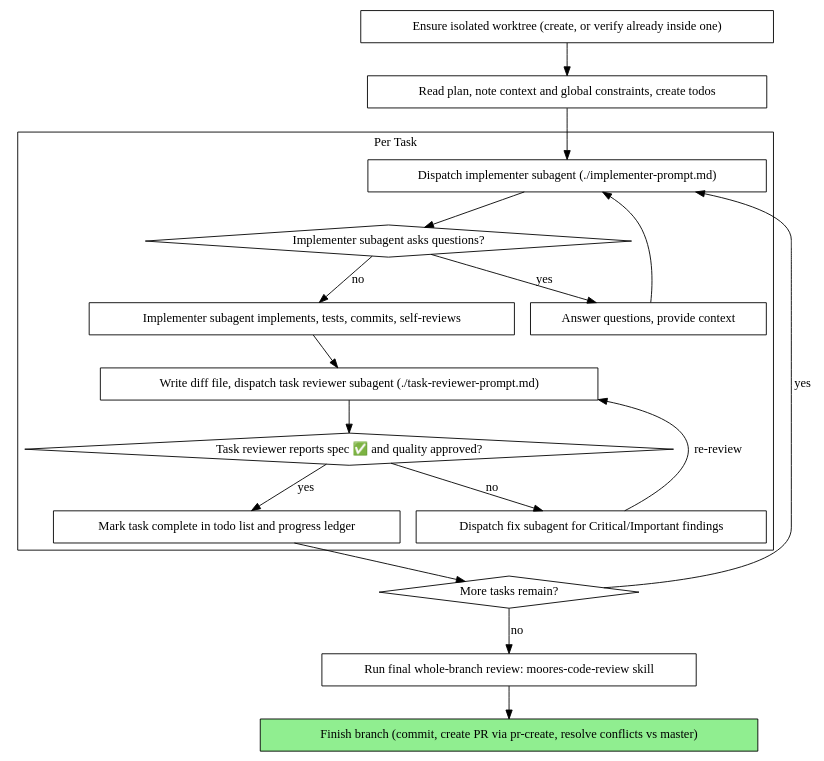
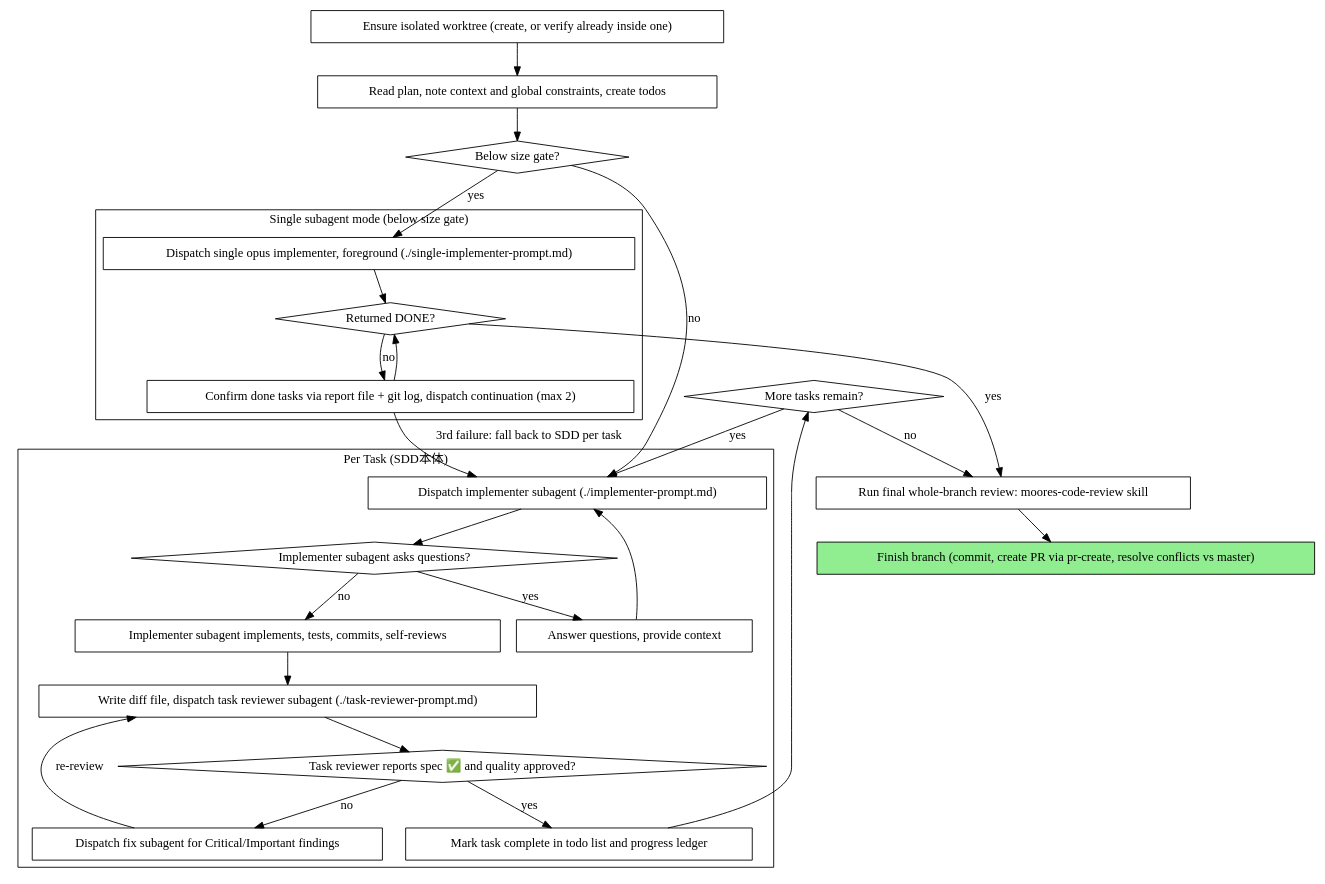
One commit to moorestech/moorestech changed the second of 2 diagrams in .agents/skills/subagent-driven-development/SKILL.md. Above: the diagram before and after it, drawn with Graphviz. The commit also changed other lines of this file, not shown here.

First line of the commit message:
skills(sdd): プロセス図・モデル選定・ステータス対応・台帳・危険信号を単一subagentモードへ追従

````diff
--- a/.agents/skills/subagent-driven-development/SKILL.md
+++ b/.agents/skills/subagent-driven-development/SKILL.md
@@ -135,39 +135,54 @@
 ```dot
 digraph process {
     rankdir=TB;
 
     subgraph cluster_per_task {
-        label="Per Task";
+        label="Per Task (SDD本体)";
         "Dispatch implementer subagent (./implementer-prompt.md)" [shape=box];
         "Implementer subagent asks questions?" [shape=diamond];
         "Answer questions, provide context" [shape=box];
         "Implementer subagent implements, tests, commits, self-reviews" [shape=box];
         "Write diff file, dispatch task reviewer subagent (./task-reviewer-prompt.md)" [shape=box];
         "Task reviewer reports spec ✅ and quality approved?" [shape=diamond];
         "Dispatch fix subagent for Critical/Important findings" [shape=box];
         "Mark task complete in todo list and progress ledger" [shape=box];
     }
 
+    subgraph cluster_single {
+        label="Single subagent mode (below size gate)";
+        "Dispatch single opus implementer, foreground (./single-implementer-prompt.md)" [shape=box];
+        "Returned DONE?" [shape=diamond];
+        "Confirm done tasks via report file + git log, dispatch continuation (max 2)" [shape=box];
+    }
+
     "Ensure isolated worktree (create, or verify already inside one)" [shape=box];
     "Read plan, note context and global constraints, create todos" [shape=box];
+    "Below size gate?" [shape=diamond];
     "More tasks remain?" [shape=diamond];
     "Run final whole-branch review: moores-code-review skill" [shape=box];
     "Finish branch (commit, create PR via pr-create, resolve conflicts vs master)" [shape=box style=filled fillcolor=lightgreen];
 
     "Ensure isolated worktree (create, or verify already inside one)" -> "Read plan, note context and global constraints, create todos";
-    "Read plan, note context and global constraints, create todos" -> "Dispatch implementer subagent (./implementer-prompt.md)";
+    "Read plan, note context and global constraints, create todos" -> "Below size gate?";
+    "Below size gate?" -> "Dispatch single opus implementer, foreground (./single-implementer-prompt.md)" [label="yes"];
+    "Dispatch single opus implementer, foreground (./single-implementer-prompt.md)" -> "Returned DONE?";
+    "Returned DONE?" -> "Run final whole-branch review: moores-code-review skill" [label="yes"];
+    "Returned DONE?" -> "Confirm done tasks via report file + git log, dispatch continuation (max 2)" [label="no"];
+    "Confirm done tasks via report file + git log, dispatch continuation (max 2)" -> "Returned DONE?";
+    "Confirm done tasks via report file + git log, dispatch continuation (max 2)" -> "Dispatch implementer subagent (./implementer-prompt.md)" [label="3rd failure: fall back to SDD per task"];
+    "Below size gate?" -> "Dispatch implementer subagent (./implementer-prompt.md)" [label="no"];
     "Dispatch implementer subagent (./implementer-prompt.md)" -> "Implementer subagent asks questions?";
     "Implementer subagent asks questions?" -> "Answer questions, provide context" [label="yes"];
     "Answer questions, provide context" -> "Dispatch implementer subagent (./implementer-prompt.md)";
     "Implementer subagent asks questions?" -> "Implementer subagent implements, tests, commits, self-reviews" [label="no"];
     "Implementer subagent implements, tests, commits, self-reviews" -> "Write diff file, dispatch task reviewer subagent (./task-reviewer-prompt.md)";
     "Write diff file, dispatch task reviewer subagent (./task-reviewer-prompt.md)" -> "Task reviewer reports spec ✅ and quality approved?";
     "Task reviewer reports spec ✅ and quality approved?" -> "Dispatch fix subagent for Critical/Important findings" [label="no"];
     "Dispatch fix subagent for Critical/Important findings" -> "Write diff file, dispatch task reviewer subagent (./task-reviewer-prompt.md)" [label="re-review"];
     "Task reviewer reports spec ✅ and quality approved?" -> "Mark task complete in todo list and progress ledger" [label="yes"];
     "Mark task complete in todo list and progress ledger" -> "More tasks remain?";
     "More tasks remain?" -> "Dispatch implementer subagent (./implementer-prompt.md)" [label="yes"];
     "More tasks remain?" -> "Run final whole-branch review: moores-code-review skill" [label="no"];
     "Run final whole-branch review: moores-code-review skill" -> "Finish branch (commit, create PR via pr-create, resolve conflicts vs master)";
 }
 ```
````
